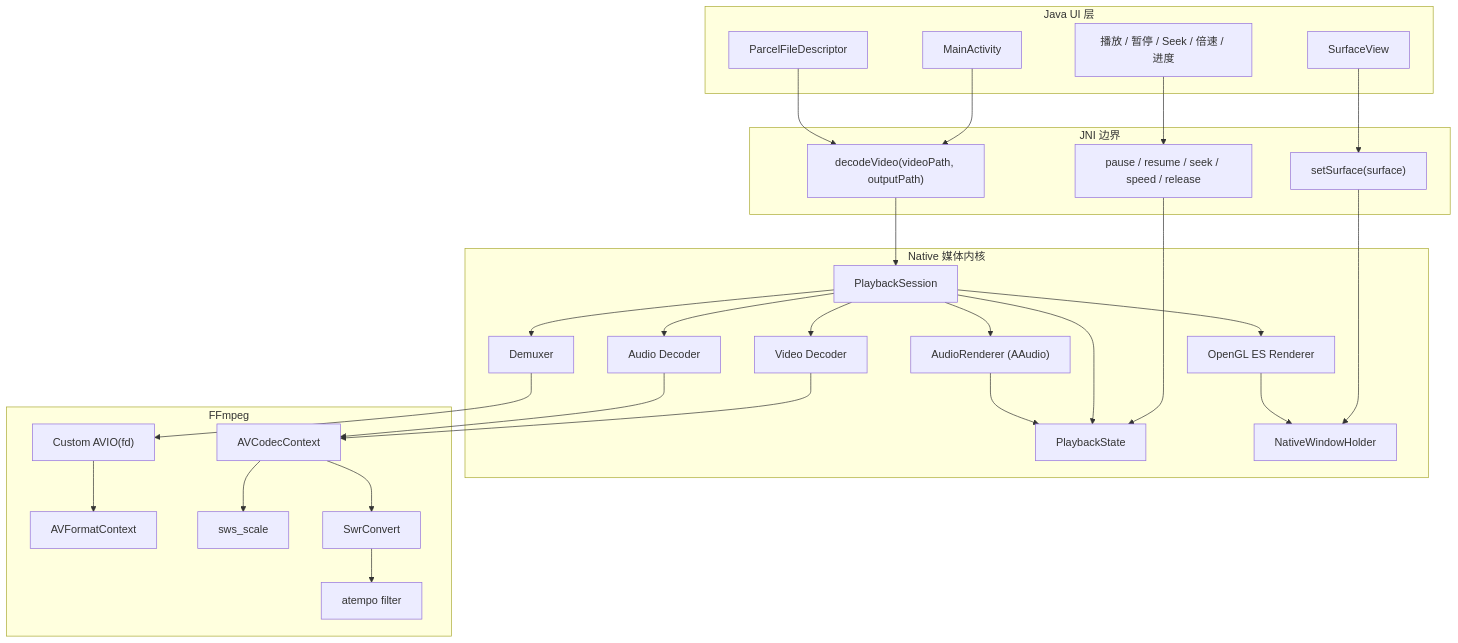
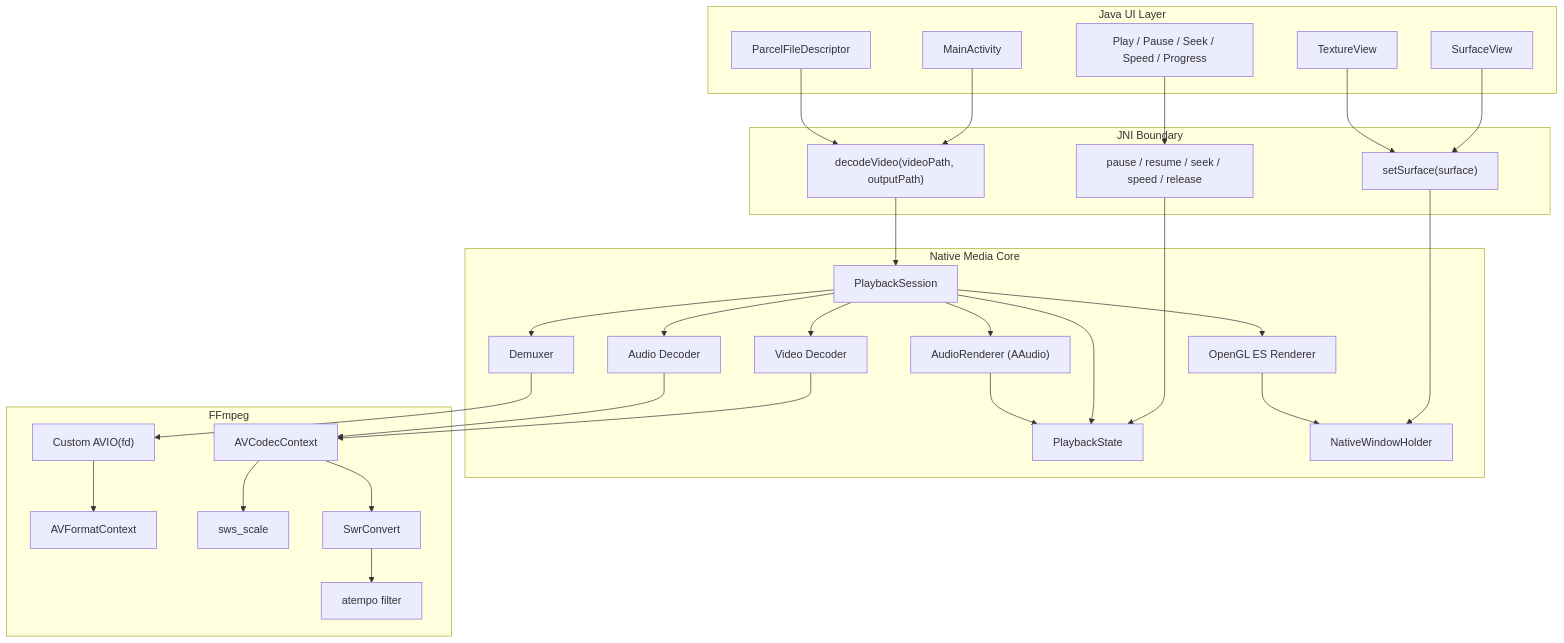
The first of 6 diagrams in README.md (Skyline7190/VideoDecoder), drawn with Mermaid before and after one commit. The commit also changed other lines of this file and 21 other files, not shown here.

````diff
--- a/README.md
+++ b/README.md
@@ -25,57 +39,59 @@
 ```mermaid
 flowchart TB
-    subgraph Java["Java UI 层"]
+    subgraph Java["Java UI Layer"]
         Activity["MainActivity"]
         SurfaceView["SurfaceView"]
-        Controls["播放 / 暂停 / Seek / 倍速 / 进度"]
+        TextureView["TextureView"]
+        Controls["Play / Pause / Seek / Speed / Progress"]
         PFD["ParcelFileDescriptor"]
     end
 
-    subgraph JNI["JNI 边界"]
+    subgraph JNI["JNI Boundary"]
         DecodeApi["decodeVideo(videoPath, outputPath)"]
         SurfaceApi["setSurface(surface)"]
         ControlApi["pause / resume / seek / speed / release"]
     end
 
-    subgraph Native["Native 媒体内核"]
+    subgraph Native["Native Media Core"]
         Session["PlaybackSession"]
         State["PlaybackState"]
         Window["NativeWindowHolder"]
         Demuxer["Demuxer"]
         VideoDecoder["Video Decoder"]
         AudioDecoder["Audio Decoder"]
         Renderer["OpenGL ES Renderer"]
         AudioRenderer["AudioRenderer (AAudio)"]
     end
 
     subgraph FFmpeg["FFmpeg"]
         Avio["Custom AVIO(fd)"]
         Format["AVFormatContext"]
         Codec["AVCodecContext"]
         Sws["sws_scale"]
         Swr["SwrConvert"]
         Atempo["atempo filter"]
     end
 
     Activity --> DecodeApi
     SurfaceView --> SurfaceApi
+    TextureView --> SurfaceApi
     Controls --> ControlApi
     PFD --> DecodeApi
 
     DecodeApi --> Session
     SurfaceApi --> Window
     ControlApi --> State
 
     Session --> State
     Session --> Demuxer
     Session --> VideoDecoder
     Session --> AudioDecoder
     Session --> Renderer
     Session --> AudioRenderer
 
     Demuxer --> Avio --> Format
     VideoDecoder --> Codec --> Sws
     AudioDecoder --> Codec --> Swr --> Atempo
     Renderer --> Window
     AudioRenderer --> State
 ```
````
